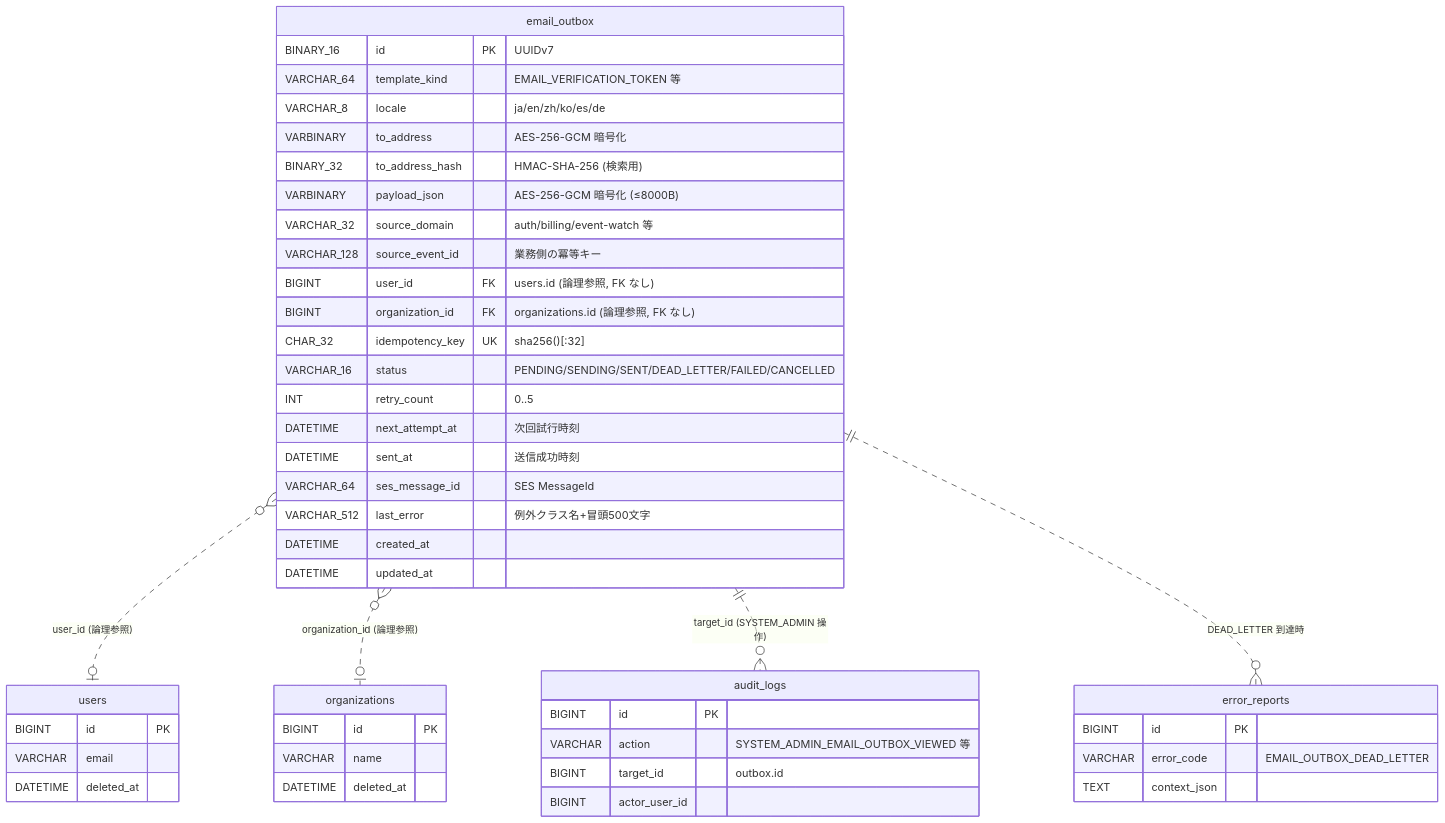
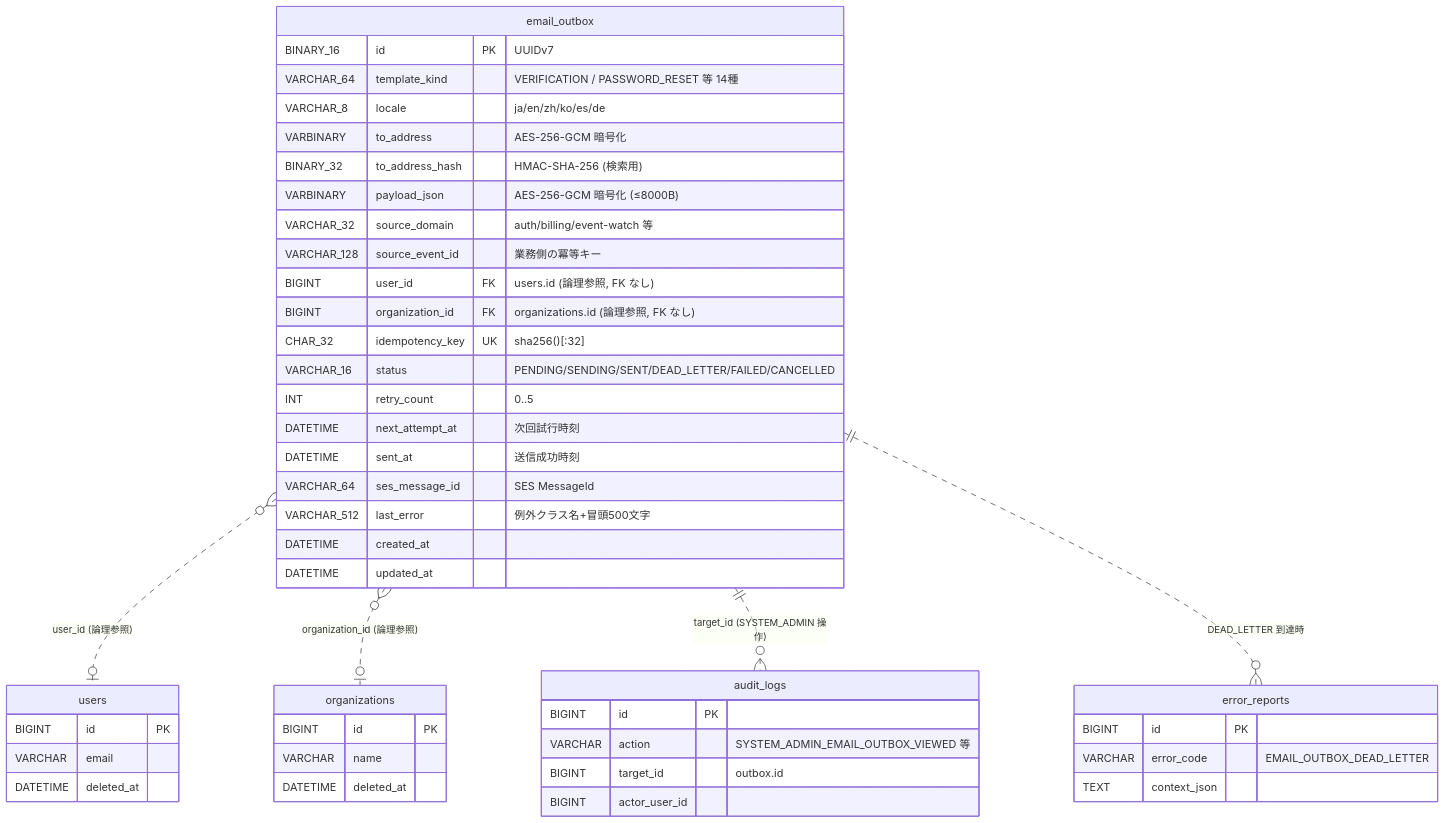
The second of 3 diagrams in docs/features/F09.18_email_delivery_infrastructure.md (kenta-0420/mannschaft), drawn with Mermaid before and after one commit. The commit also changed other lines of this file, not shown here.

````diff
--- a/docs/features/F09.18_email_delivery_infrastructure.md
+++ b/docs/features/F09.18_email_delivery_infrastructure.md
@@ -165,50 +166,50 @@
 ```mermaid
 erDiagram
     email_outbox {
         BINARY_16 id PK "UUIDv7"
-        VARCHAR_64 template_kind "EMAIL_VERIFICATION_TOKEN 等"
+        VARCHAR_64 template_kind "VERIFICATION / PASSWORD_RESET 等 14種"
         VARCHAR_8 locale "ja/en/zh/ko/es/de"
         VARBINARY to_address "AES-256-GCM 暗号化"
         BINARY_32 to_address_hash "HMAC-SHA-256 (検索用)"
         VARBINARY payload_json "AES-256-GCM 暗号化 (≤8000B)"
         VARCHAR_32 source_domain "auth/billing/event-watch 等"
         VARCHAR_128 source_event_id "業務側の冪等キー"
         BIGINT user_id FK "users.id (論理参照, FK なし)"
         BIGINT organization_id FK "organizations.id (論理参照, FK なし)"
         CHAR_32 idempotency_key UK "sha256()[:32]"
         VARCHAR_16 status "PENDING/SENDING/SENT/DEAD_LETTER/FAILED/CANCELLED"
         INT retry_count "0..5"
         DATETIME next_attempt_at "次回試行時刻"
         DATETIME sent_at "送信成功時刻"
         VARCHAR_64 ses_message_id "SES MessageId"
         VARCHAR_512 last_error "例外クラス名+冒頭500文字"
         DATETIME created_at
         DATETIME updated_at
     }
     users {
         BIGINT id PK
         VARCHAR email
         DATETIME deleted_at
     }
     organizations {
         BIGINT id PK
         VARCHAR name
         DATETIME deleted_at
     }
     audit_logs {
         BIGINT id PK
         VARCHAR action "SYSTEM_ADMIN_EMAIL_OUTBOX_VIEWED 等"
         BIGINT target_id "outbox.id"
         BIGINT actor_user_id
     }
     error_reports {
         BIGINT id PK
         VARCHAR error_code "EMAIL_OUTBOX_DEAD_LETTER"
         TEXT context_json
     }
 
     email_outbox }o..o| users : "user_id (論理参照)"
     email_outbox }o..o| organizations : "organization_id (論理参照)"
     email_outbox ||..o{ audit_logs : "target_id (SYSTEM_ADMIN 操作)"
     email_outbox ||..o{ error_reports : "DEAD_LETTER 到達時"
 ```
````
